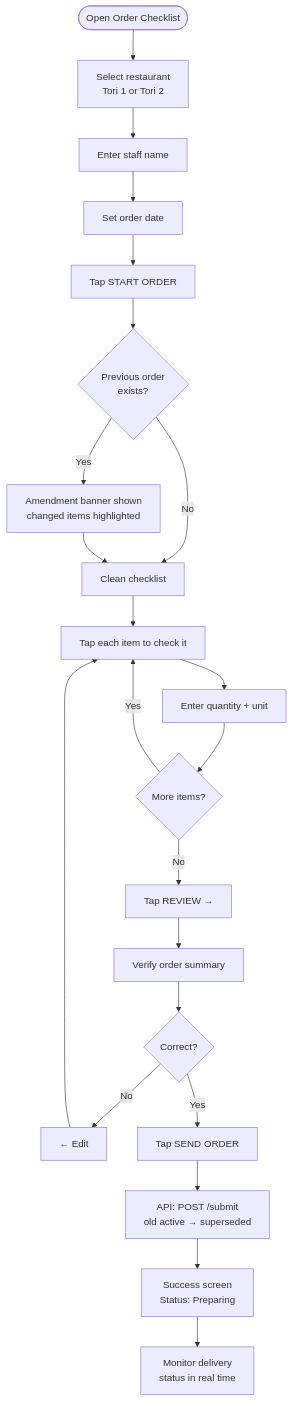
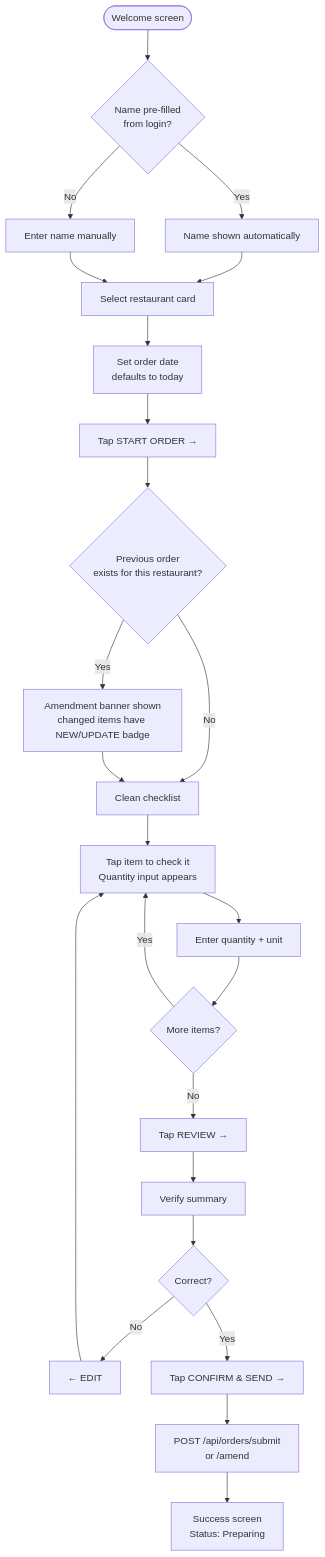
Before and after one commit to A380-hub/tori-kitchen-system: the third of 8 diagrams in TORI-KIS-DOCUMENTATION.md, drawn with Mermaid. The commit also changed other lines of this file, not shown here.

````diff
--- a/TORI-KIS-DOCUMENTATION.md
+++ b/TORI-KIS-DOCUMENTATION.md
@@ -285,24 +781,26 @@
 ```mermaid
 flowchart TD
-    Start([Open Order Checklist]) --> S1[Select restaurant\nTori 1 or Tori 2]
-    S1 --> S2[Enter staff name]
-    S2 --> S3[Set order date]
-    S3 --> S4[Tap START ORDER]
-    S4 --> S5{Previous order\nexists?}
-    S5 -->|Yes| S6[Amendment banner shown\nchanged items highlighted]
-    S5 -->|No| S7[Clean checklist]
-    S6 --> S7
-    S7 --> S8[Tap each item to check it]
-    S8 --> S9[Enter quantity + unit]
-    S9 --> S10{More items?}
-    S10 -->|Yes| S8
-    S10 -->|No| S11[Tap REVIEW →]
-    S11 --> S12[Verify order summary]
-    S12 --> S13{Correct?}
-    S13 -->|No| S14[← Edit]
-    S14 --> S8
-    S13 -->|Yes| S15[Tap SEND ORDER]
-    S15 --> S16[API: POST /submit\nold active → superseded]
-    S16 --> S17[Success screen\nStatus: Preparing]
-    S17 --> S18[Monitor delivery\nstatus in real time]
+    Start([Welcome screen]) --> W1{Name pre-filled\nfrom login?}
+    W1 -->|Yes| W2[Name shown automatically]
+    W1 -->|No| W3[Enter name manually]
+    W2 --> W4[Select restaurant card]
+    W3 --> W4
+    W4 --> W5[Set order date\ndefaults to today]
+    W5 --> W6[Tap START ORDER →]
+    W6 --> W7{Previous order\nexists for this restaurant?}
+    W7 -->|Yes| W8[Amendment banner shown\nchanged items have NEW/UPDATE badge]
+    W7 -->|No| W9[Clean checklist]
+    W8 --> W9
+    W9 --> W10[Tap item to check it\nQuantity input appears]
+    W10 --> W11[Enter quantity + unit]
+    W11 --> W12{More items?}
+    W12 -->|Yes| W10
+    W12 -->|No| W13[Tap REVIEW →]
+    W13 --> W14[Verify summary]
+    W14 --> W15{Correct?}
+    W15 -->|No| W16[← EDIT]
+    W16 --> W10
+    W15 -->|Yes| W17[Tap CONFIRM & SEND →]
+    W17 --> W18[POST /api/orders/submit\nor /amend]
+    W18 --> W19[Success screen\nStatus: Preparing]
 ```
````
